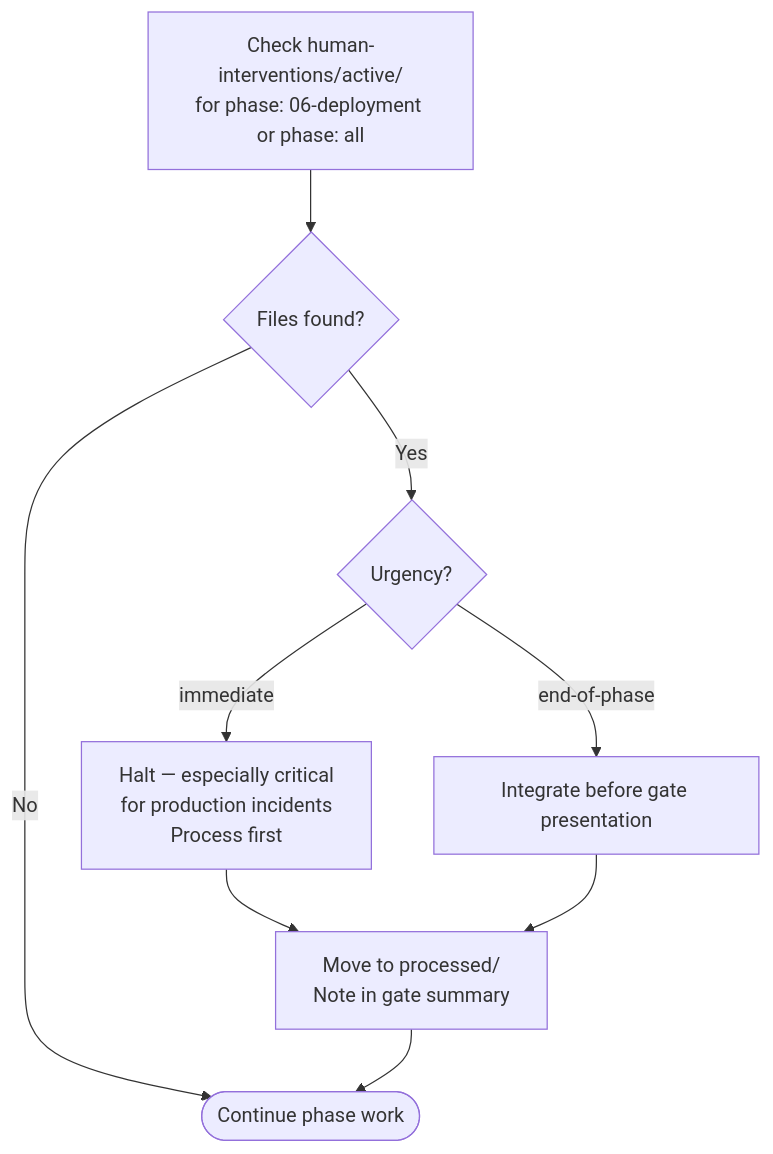
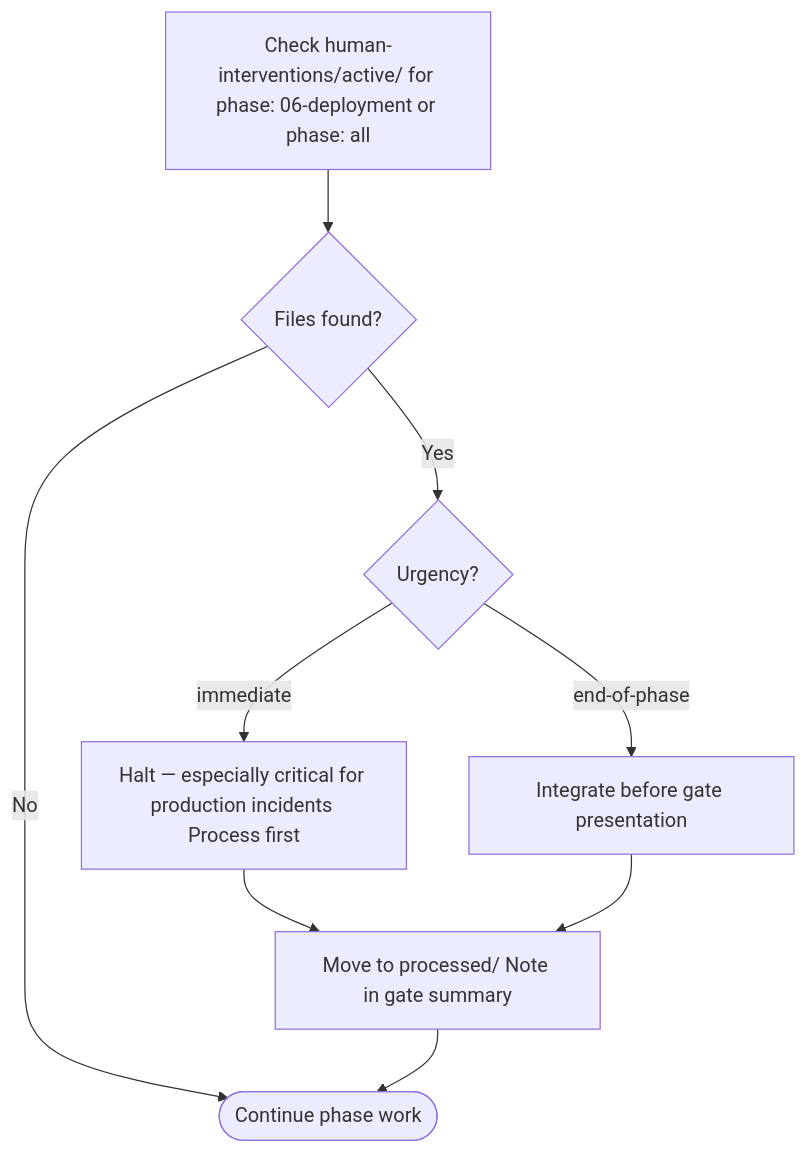
Before and after one commit to ivanyeors/product-agentic-templates: the second of 2 diagrams in .cursor/skills/06-deployment/SKILL.md, drawn with Mermaid. The commit also changed other lines of this file and 39 other files, not shown here.

````diff
--- a/.cursor/skills/06-deployment/SKILL.md
+++ b/.cursor/skills/06-deployment/SKILL.md
@@ -155,11 +155,11 @@
 ```mermaid
 flowchart TD
-    check[Check human-interventions/active/\nfor phase: 06-deployment or phase: all] --> found{Files found?}
+    check[Check human-interventions/active/ for phase: 06-deployment or phase: all] --> found{Files found?}
     found -->|No| proceed([Continue phase work])
     found -->|Yes| urgency{Urgency?}
-    urgency -->|immediate| halt[Halt — especially critical\nfor production incidents\nProcess first]
+    urgency -->|immediate| halt[Halt — especially critical for production incidents Process first]
     urgency -->|end-of-phase| queue[Integrate before gate presentation]
-    halt --> archive[Move to processed/\nNote in gate summary]
+    halt --> archive[Move to processed/ Note in gate summary]
     queue --> archive
     archive --> proceed
 ```
````
